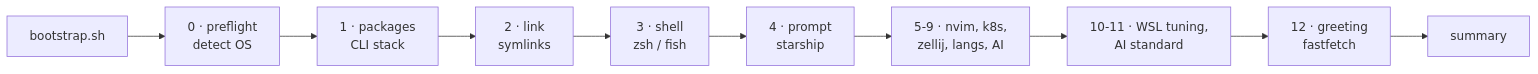
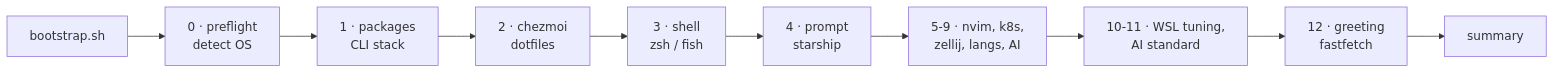
The diagram in env/wsl/README.md (Robertcl795/umbra-bootstrapper), drawn with Mermaid before and after one commit. The commit also changed other lines of this file and 71 other files, not shown here.

````diff
--- a/env/wsl/README.md
+++ b/env/wsl/README.md
@@ -70,12 +70,12 @@
 ```mermaid
 flowchart LR
     A["bootstrap.sh"] --> B["0 · preflight<br/>detect OS"]
     B --> C["1 · packages<br/>CLI stack"]
-    C --> D["2 · link<br/>symlinks"]
+    C --> D["2 · chezmoi<br/>dotfiles"]
     D --> E["3 · shell<br/>zsh / fish"]
     E --> F["4 · prompt<br/>starship"]
     F --> G["5-9 · nvim, k8s,<br/>zellij, langs, AI"]
     G --> H["10-11 · WSL tuning,<br/>AI standard"]
     H --> I["12 · greeting<br/>fastfetch"]
     I --> J["summary"]
 ```
````
